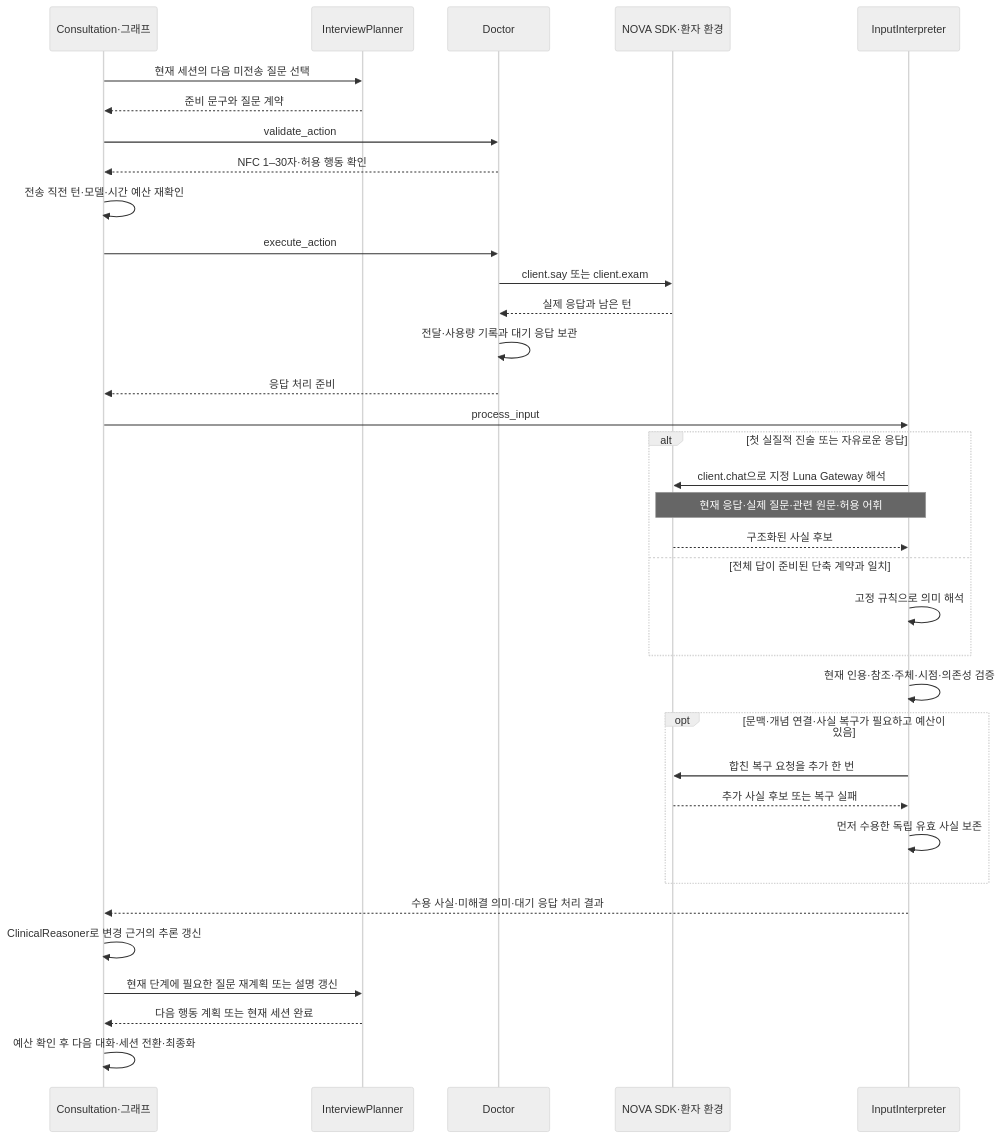
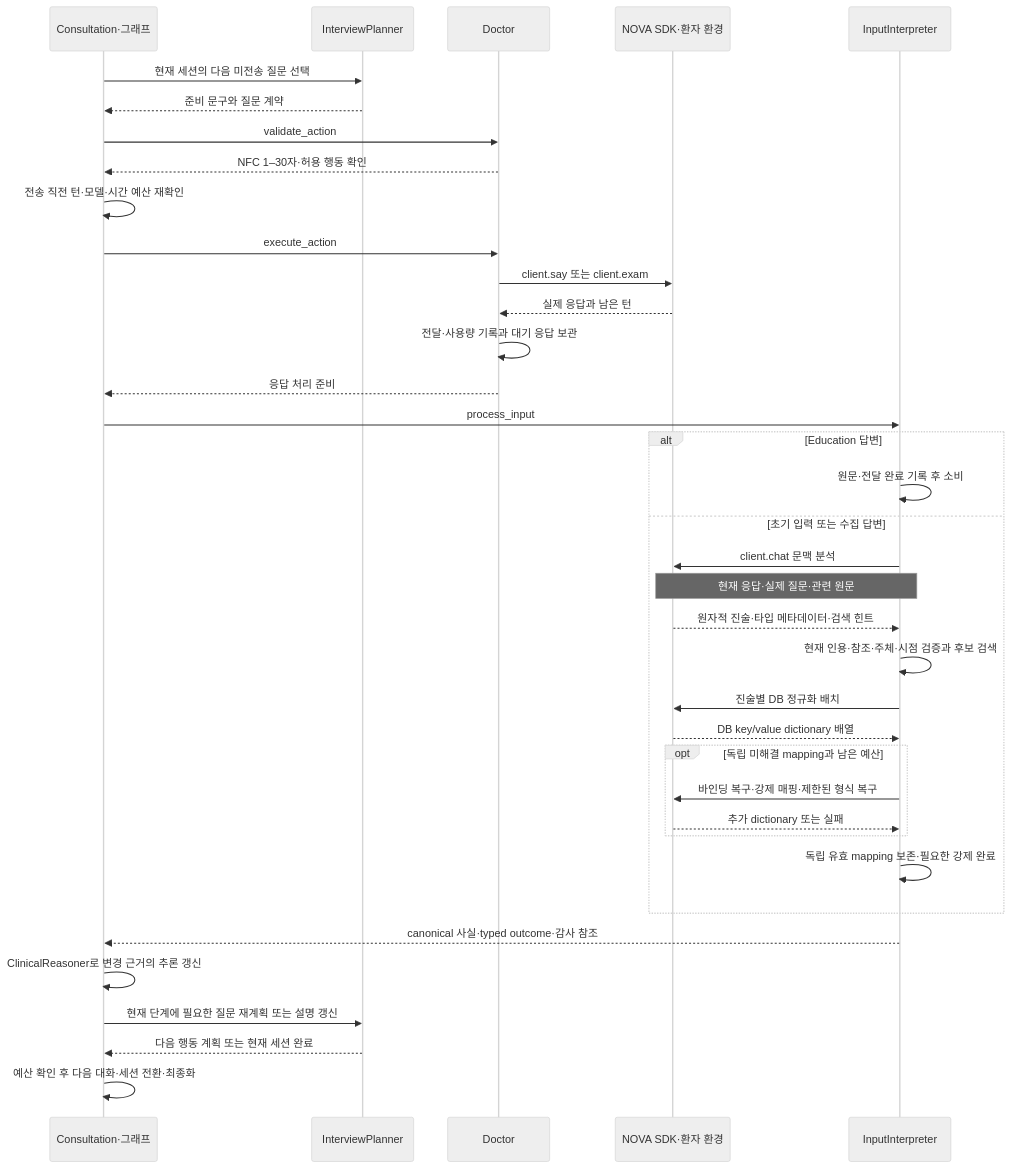
Before and after one commit to devRestain/Ontoward: diagram 11 of 16 in submission/README.md, drawn with Mermaid (neutral theme). The commit also changed other lines of this file and 97 other files, not shown here.

````diff
--- a/submission/README.md
+++ b/submission/README.md
@@ -745,37 +709,39 @@
 ```mermaid
 sequenceDiagram
     participant C as Consultation·그래프
     participant P as InterviewPlanner
     participant D as Doctor
     participant N as NOVA SDK·환자 환경
     participant I as InputInterpreter
     C->>P: 현재 세션의 다음 미전송 질문 선택
     P-->>C: 준비 문구와 질문 계약
     C->>D: validate_action
     D-->>C: NFC 1–30자·허용 행동 확인
     C->>C: 전송 직전 턴·모델·시간 예산 재확인
     C->>D: execute_action
     D->>N: client.say 또는 client.exam
     N-->>D: 실제 응답과 남은 턴
     D->>D: 전달·사용량 기록과 대기 응답 보관
     D-->>C: 응답 처리 준비
     C->>I: process_input
-    alt 첫 실질적 진술 또는 자유로운 응답
-        I->>N: client.chat으로 지정 Luna Gateway 해석
-        Note over I,N: 현재 응답·실제 질문·관련 원문·허용 어휘
-        N-->>I: 구조화된 사실 후보
-    else 전체 답이 준비된 단축 계약과 일치
-        I->>I: 고정 규칙으로 의미 해석
+    alt Education 답변
+        I->>I: 원문·전달 완료 기록 후 소비
+    else 초기 입력 또는 수집 답변
+        I->>N: client.chat 문맥 분석
+        Note over I,N: 현재 응답·실제 질문·관련 원문
+        N-->>I: 원자적 진술·타입 메타데이터·검색 힌트
+        I->>I: 현재 인용·참조·주체·시점 검증과 후보 검색
+        I->>N: 진술별 DB 정규화 배치
+        N-->>I: DB key/value dictionary 배열
+        opt 독립 미해결 mapping과 남은 예산
+            I->>N: 바인딩 복구·강제 매핑·제한된 형식 복구
+            N-->>I: 추가 dictionary 또는 실패
+        end
+        I->>I: 독립 유효 mapping 보존·필요한 강제 완료
     end
-    I->>I: 현재 인용·참조·주체·시점·의존성 검증
-    opt 문맥·개념 연결·사실 복구가 필요하고 예산이 있음
-        I->>N: 합친 복구 요청을 추가 한 번
-        N-->>I: 추가 사실 후보 또는 복구 실패
-        I->>I: 먼저 수용한 독립 유효 사실 보존
-    end
-    I-->>C: 수용 사실·미해결 의미·대기 응답 처리 결과
+    I-->>C: canonical 사실·typed outcome·감사 참조
     C->>C: ClinicalReasoner로 변경 근거의 추론 갱신
     C->>P: 현재 단계에 필요한 질문 재계획 또는 설명 갱신
     P-->>C: 다음 행동 계획 또는 현재 세션 완료
     C->>C: 예산 확인 후 다음 대화·세션 전환·최종화
 ```
````
